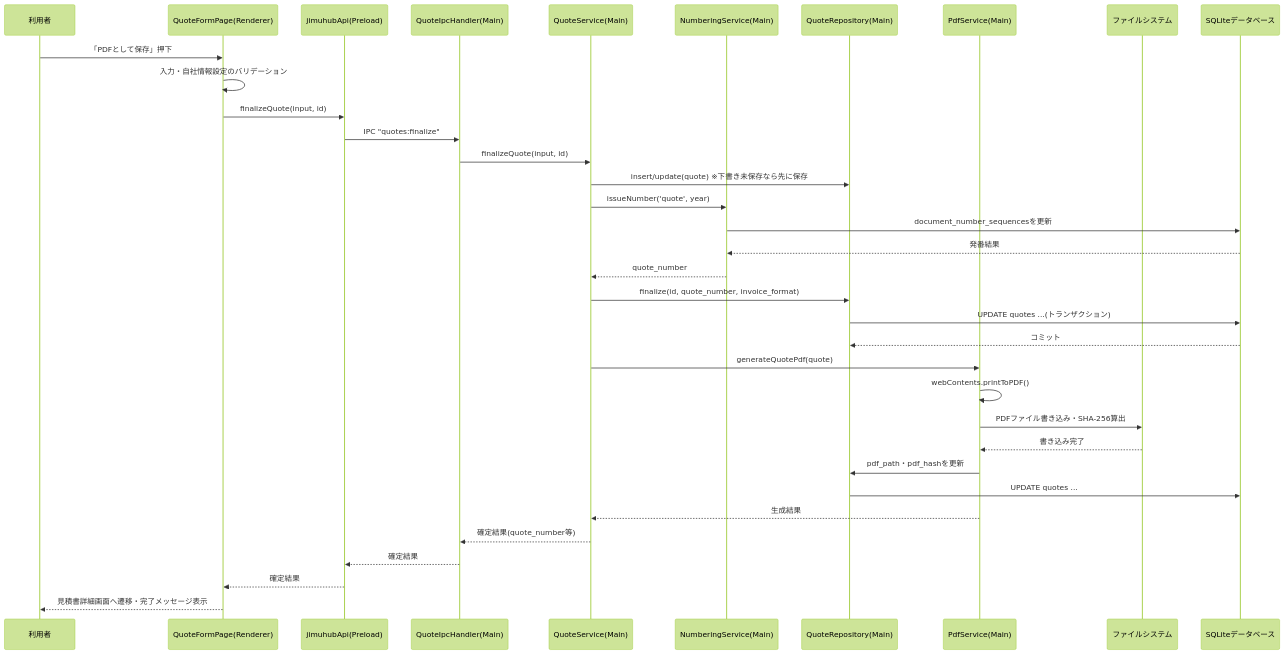
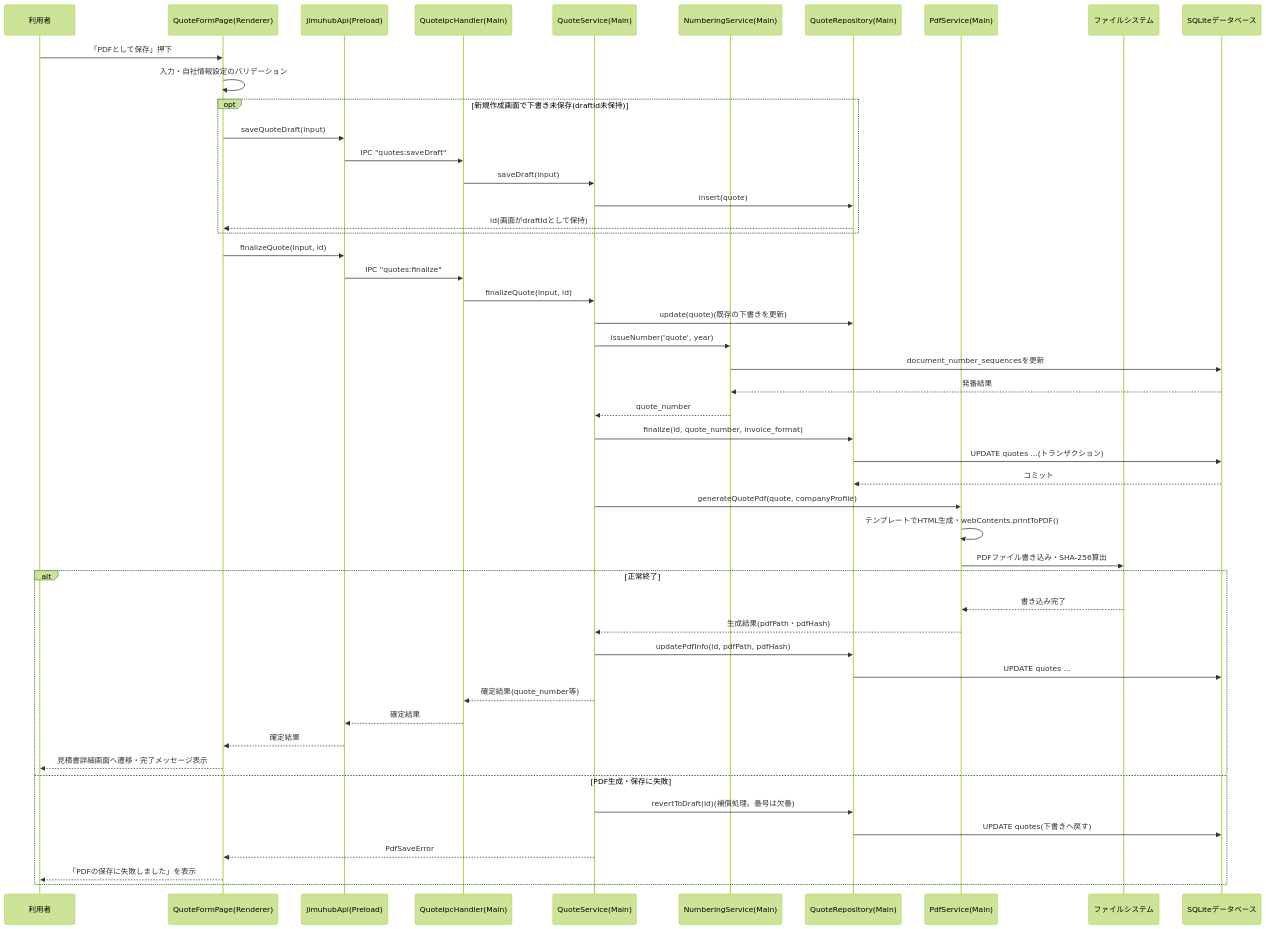
One commit to eiai00000001-cell/jimu-hub changed the second of 4 diagrams in docs/03_architect/詳細設計書.md. Above: the diagram before and after it, drawn with Mermaid (forest theme). The commit also changed other lines of this file and 1 other file, not shown here.

````diff
--- a/docs/03_architect/詳細設計書.md
+++ b/docs/03_architect/詳細設計書.md
@@ -478,38 +496,52 @@
 ```mermaid
 sequenceDiagram
     participant User as 利用者
     participant Page as QuoteFormPage(Renderer)
     participant Api as jimuhubApi(Preload)
     participant Handler as QuoteIpcHandler(Main)
     participant Service as QuoteService(Main)
     participant Numbering as NumberingService(Main)
     participant Repo as QuoteRepository(Main)
     participant Pdf as PdfService(Main)
     participant FS as ファイルシステム
     participant DB as SQLiteデータベース
 
     User->>Page: 「PDFとして保存」押下
     Page->>Page: 入力・自社情報設定のバリデーション
+    opt 新規作成画面で下書き未保存(draftId未保持)
+        Page->>Api: saveQuoteDraft(input)
+        Api->>Handler: IPC "quotes:saveDraft"
+        Handler->>Service: saveDraft(input)
+        Service->>Repo: insert(quote)
+        Repo-->>Page: id(画面がdraftIdとして保持)
+    end
     Page->>Api: finalizeQuote(input, id)
     Api->>Handler: IPC "quotes:finalize"
     Handler->>Service: finalizeQuote(input, id)
-    Service->>Repo: insert/update(quote) ※下書き未保存なら先に保存
+    Service->>Repo: update(quote)(既存の下書きを更新)
     Service->>Numbering: issueNumber('quote', year)
     Numbering->>DB: document_number_sequencesを更新
     DB-->>Numbering: 発番結果
     Numbering-->>Service: quote_number
     Service->>Repo: finalize(id, quote_number, invoice_format)
     Repo->>DB: UPDATE quotes ...(トランザクション)
     DB-->>Repo: コミット
-    Service->>Pdf: generateQuotePdf(quote)
-    Pdf->>Pdf: webContents.printToPDF()
+    Service->>Pdf: generateQuotePdf(quote, companyProfile)
+    Pdf->>Pdf: テンプレートでHTML生成・webContents.printToPDF()
     Pdf->>FS: PDFファイル書き込み・SHA-256算出
-    FS-->>Pdf: 書き込み完了
-    Pdf->>Repo: pdf_path・pdf_hashを更新
-    Repo->>DB: UPDATE quotes ...
-    Pdf-->>Service: 生成結果
-    Service-->>Handler: 確定結果(quote_number等)
-    Handler-->>Api: 確定結果
-    Api-->>Page: 確定結果
-    Page-->>User: 見積書詳細画面へ遷移・完了メッセージ表示
+    alt 正常終了
+        FS-->>Pdf: 書き込み完了
+        Pdf-->>Service: 生成結果(pdfPath・pdfHash)
+        Service->>Repo: updatePdfInfo(id, pdfPath, pdfHash)
+        Repo->>DB: UPDATE quotes ...
+        Service-->>Handler: 確定結果(quote_number等)
+        Handler-->>Api: 確定結果
+        Api-->>Page: 確定結果
+        Page-->>User: 見積書詳細画面へ遷移・完了メッセージ表示
+    else PDF生成・保存に失敗
+        Service->>Repo: revertToDraft(id)(補償処理。番号は欠番)
+        Repo->>DB: UPDATE quotes(下書きへ戻す)
+        Service-->>Page: PdfSaveError
+        Page-->>User: 「PDFの保存に失敗しました」を表示
+    end
 ```
````
